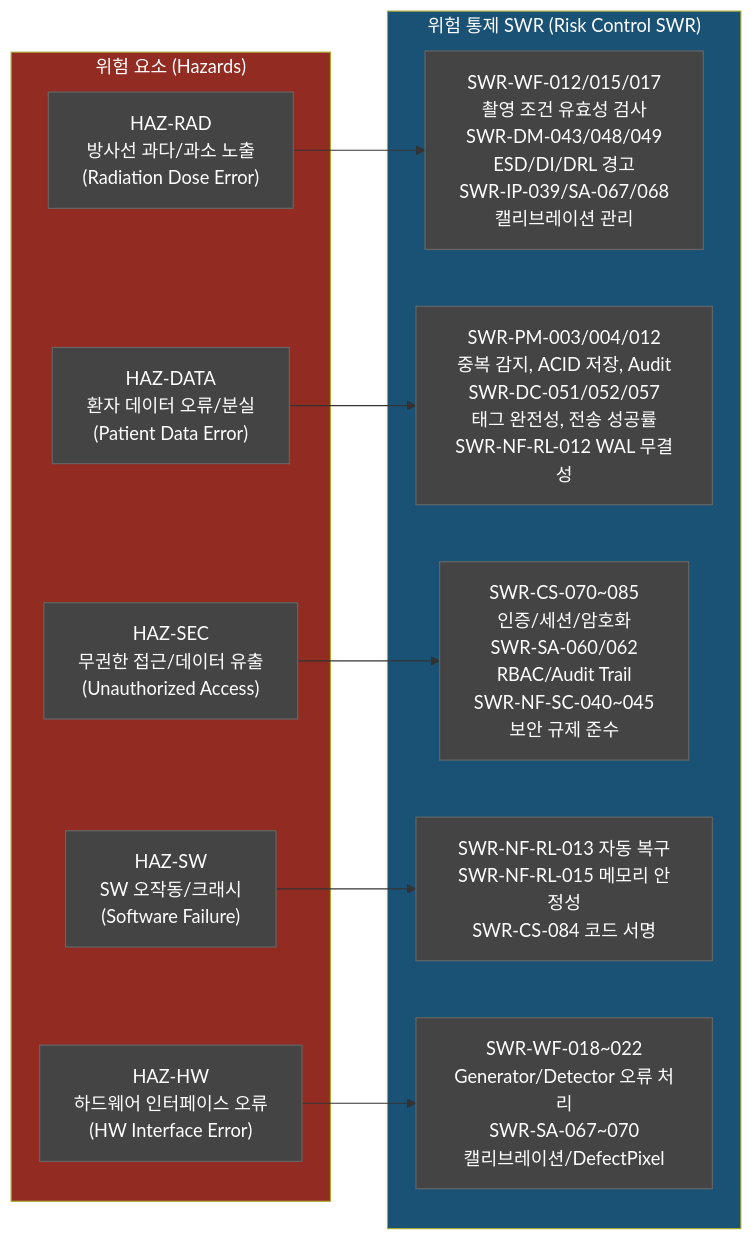
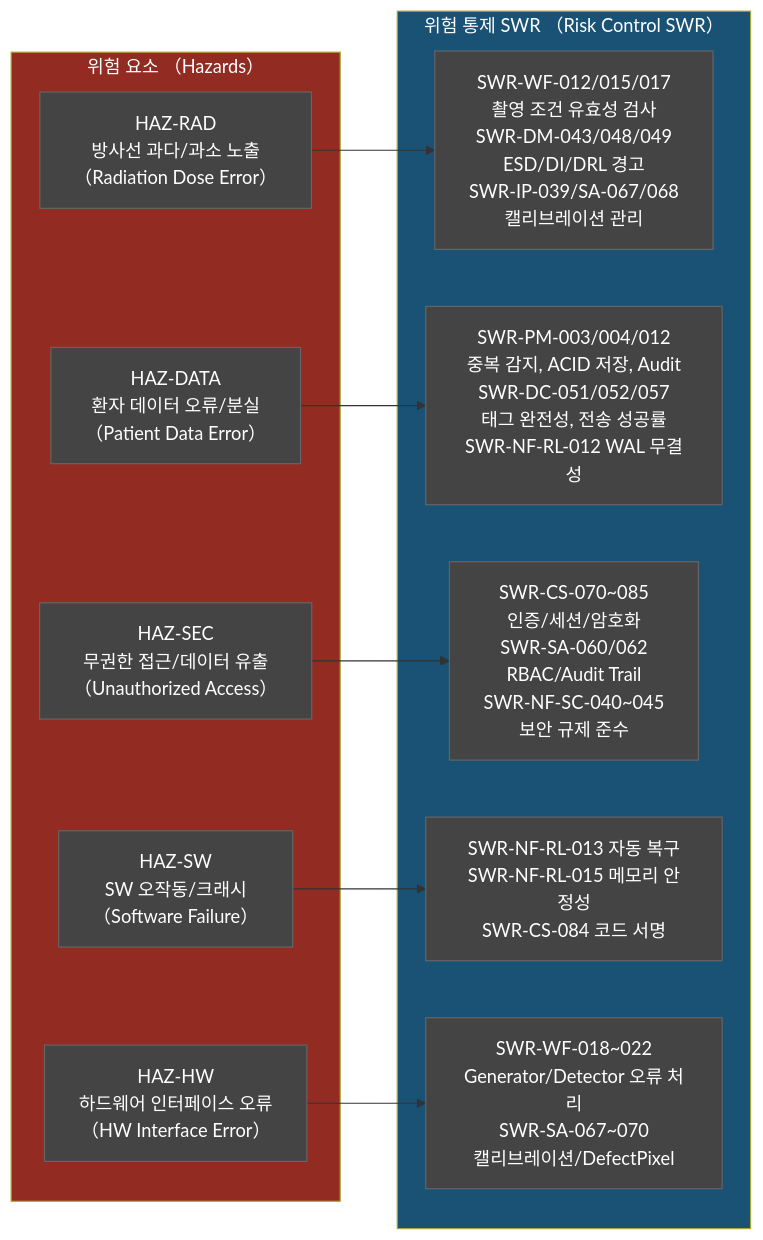
One commit to holee9/console-gui changed the fifth of 6 diagrams in docs/planning/DOC-005_SRS_v2.0.md. Above: the diagram before and after it, drawn with Mermaid. The commit also changed other lines of this file and 22 other files, not shown here.

First line of the commit message:
fix: Mermaid flowchart 노드 내 괄호 파싱 오류 전면 수정

````diff
--- a/docs/planning/DOC-005_SRS_v2.0.md
+++ b/docs/planning/DOC-005_SRS_v2.0.md
@@ -764,28 +764,28 @@
 ```mermaid
 graph LR
     classDef default fill:#444,stroke:#666,color:#fff
-    subgraph Hazards["위험 요소 (Hazards)"]
-        HAZ_RAD["HAZ-RAD\n방사선 과다/과소 노출\n(Radiation Dose Error)"]
-        HAZ_DATA["HAZ-DATA\n환자 데이터 오류/분실\n(Patient Data Error)"]
-        HAZ_SEC["HAZ-SEC\n무권한 접근/데이터 유출\n(Unauthorized Access)"]
-        HAZ_SW["HAZ-SW\nSW 오작동/크래시\n(Software Failure)"]
-        HAZ_HW["HAZ-HW\n하드웨어 인터페이스 오류\n(HW Interface Error)"]
+    subgraph Hazards["위험 요소 （Hazards）"]
+        HAZ_RAD["HAZ-RAD\n방사선 과다/과소 노출\n（Radiation Dose Error）"]
+        HAZ_DATA["HAZ-DATA\n환자 데이터 오류/분실\n（Patient Data Error）"]
+        HAZ_SEC["HAZ-SEC\n무권한 접근/데이터 유출\n（Unauthorized Access）"]
+        HAZ_SW["HAZ-SW\nSW 오작동/크래시\n（Software Failure）"]
+        HAZ_HW["HAZ-HW\n하드웨어 인터페이스 오류\n（HW Interface Error）"]
     end
 
-    subgraph Controls["위험 통제 SWR (Risk Control SWR)"]
+    subgraph Controls["위험 통제 SWR （Risk Control SWR）"]
         RC_RAD["SWR-WF-012/015/017\n촬영 조건 유효성 검사\nSWR-DM-043/048/049\nESD/DI/DRL 경고\nSWR-IP-039/SA-067/068\n캘리브레이션 관리"]
         RC_DATA["SWR-PM-003/004/012\n중복 감지, ACID 저장, Audit\nSWR-DC-051/052/057\n태그 완전성, 전송 성공률\nSWR-NF-RL-012 WAL 무결성"]
         RC_SEC["SWR-CS-070~085\n인증/세션/암호화\nSWR-SA-060/062\nRBAC/Audit Trail\nSWR-NF-SC-040~045\n보안 규제 준수"]
         RC_SW["SWR-NF-RL-013 자동 복구\nSWR-NF-RL-015 메모리 안정성\nSWR-CS-084 코드 서명"]
         RC_HW["SWR-WF-018~022\nGenerator/Detector 오류 처리\nSWR-SA-067~070\n캘리브레이션/DefectPixel"]
     end
 
     HAZ_RAD --> RC_RAD
     HAZ_DATA --> RC_DATA
     HAZ_SEC --> RC_SEC
     HAZ_SW --> RC_SW
     HAZ_HW --> RC_HW
 
     style Hazards fill:#922b21,color:#fff
     style Controls fill:#1a5276,color:#fff
 ```
````
